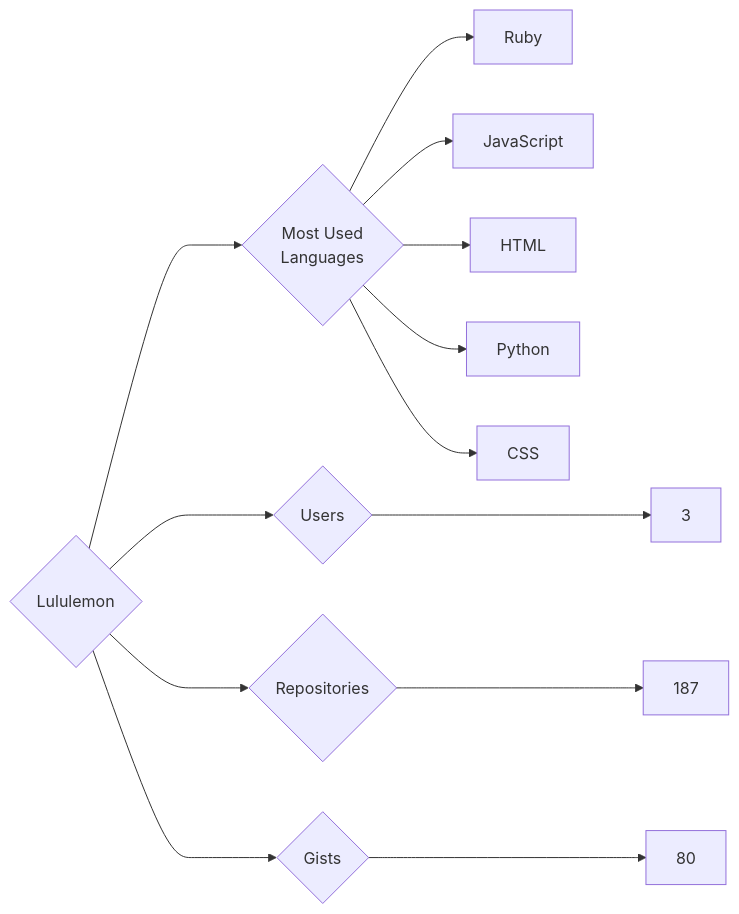
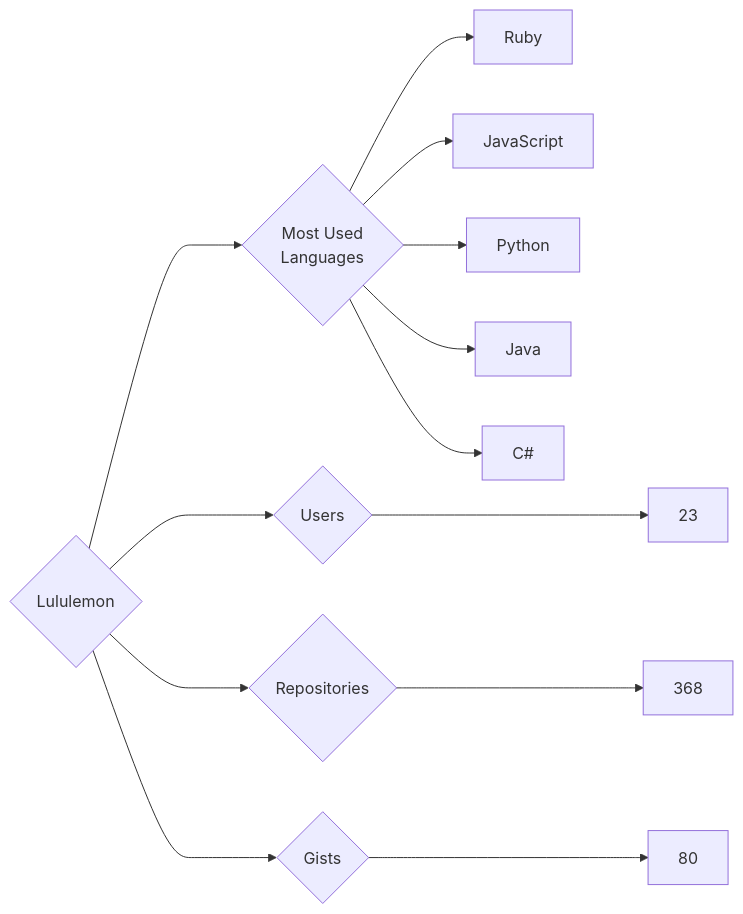
One commit to trickest/insiders changed the diagram in targets/Lululemon/README.md. Above: the diagram before and after it, drawn with Mermaid. The commit also changed 874 other files, not shown here.

````diff
--- a/targets/Lululemon/README.md
+++ b/targets/Lululemon/README.md
@@ -3,13 +3,13 @@
 ```mermaid
 graph LR
 COMPANY_NAME{Lululemon}
-COMPANY_NAME ---> U{Users} ---> UN[3]
-COMPANY_NAME ---> R{Repositories} ---> RN[187]
+COMPANY_NAME ---> U{Users} ---> UN[23]
+COMPANY_NAME ---> R{Repositories} ---> RN[368]
 COMPANY_NAME ---> G{Gists} ---> GN[80]
 COMPANY_NAME ---> ML{Most Used<br>Languages}
 ML --> Ruby[Ruby]
 ML --> JavaScript[JavaScript]
-ML --> HTML[HTML]
 ML --> Python[Python]
-ML --> CSS[CSS]
+ML --> Java[Java]
+ML --> C#[C#]
 ```
````
